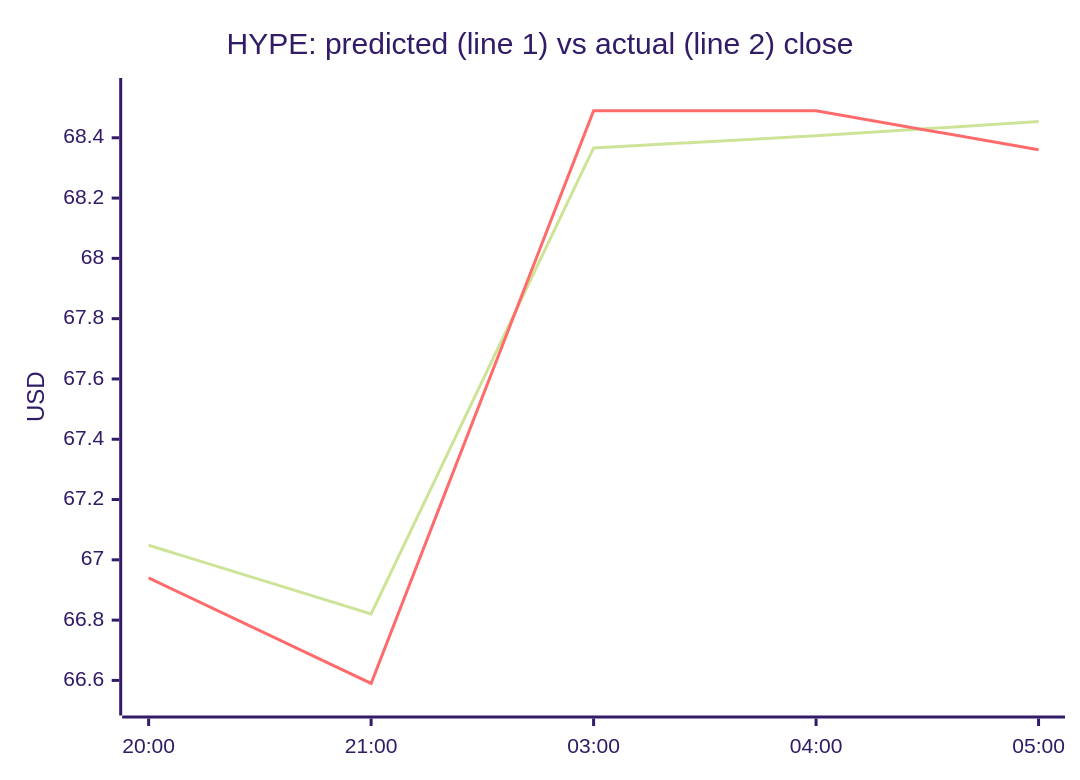
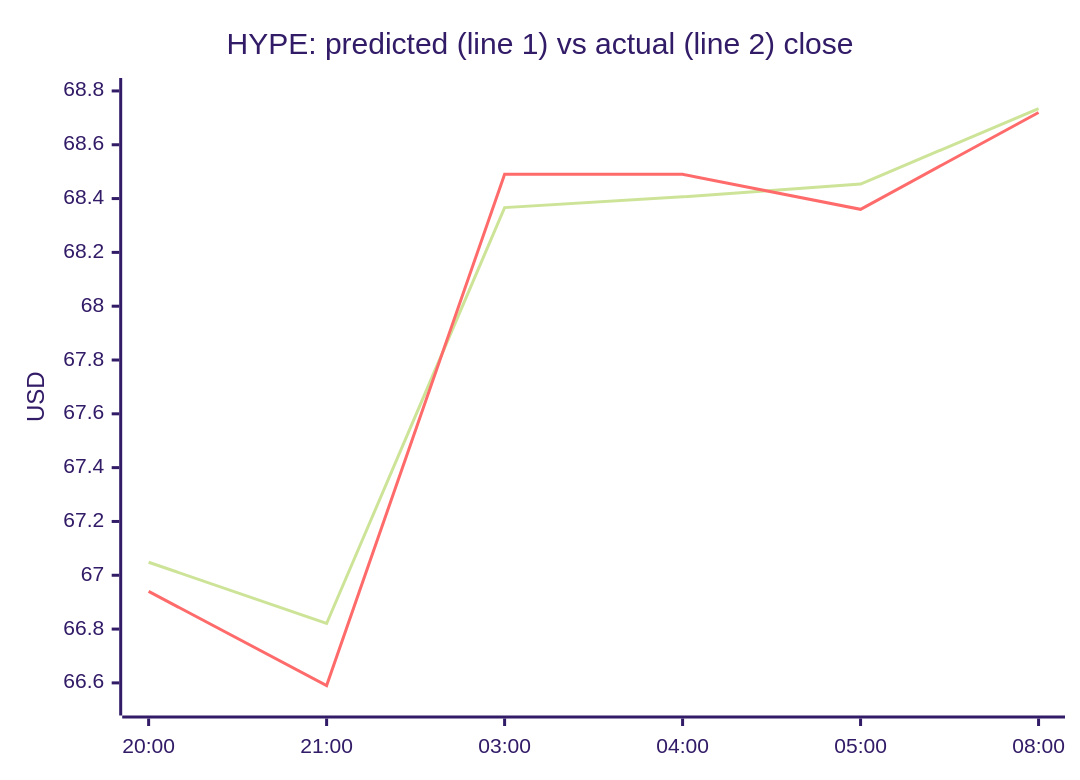
One commit to samuelkreitl-wq/crypto-hourly-forecaster changed the fourth of 4 diagrams in README.md. Above: the diagram before and after it, drawn with Mermaid (forest theme). The commit also changed other lines of this file and 14 other files, not shown here.

````diff
--- a/README.md
+++ b/README.md
@@ -65,8 +65,8 @@
 ```mermaid
 xychart-beta
     title "HYPE: predicted (line 1) vs actual (line 2) close"
-    x-axis ["20:00", "21:00", "03:00", "04:00", "05:00"]
-    y-axis "USD" 66.5234 --> 68.5585
-    line [67.0484, 66.8208, 68.3664, 68.4064, 68.4537]
-    line [66.9400, 66.5900, 68.4900, 68.4900, 68.3600]
+    x-axis ["20:00", "21:00", "03:00", "04:00", "05:00", "08:00"]
+    y-axis "USD" 66.5234 --> 68.8035
+    line [67.0484, 66.8208, 68.3664, 68.4064, 68.4537, 68.7347]
+    line [66.9400, 66.5900, 68.4900, 68.4900, 68.3600, 68.7200]
 ```
````
